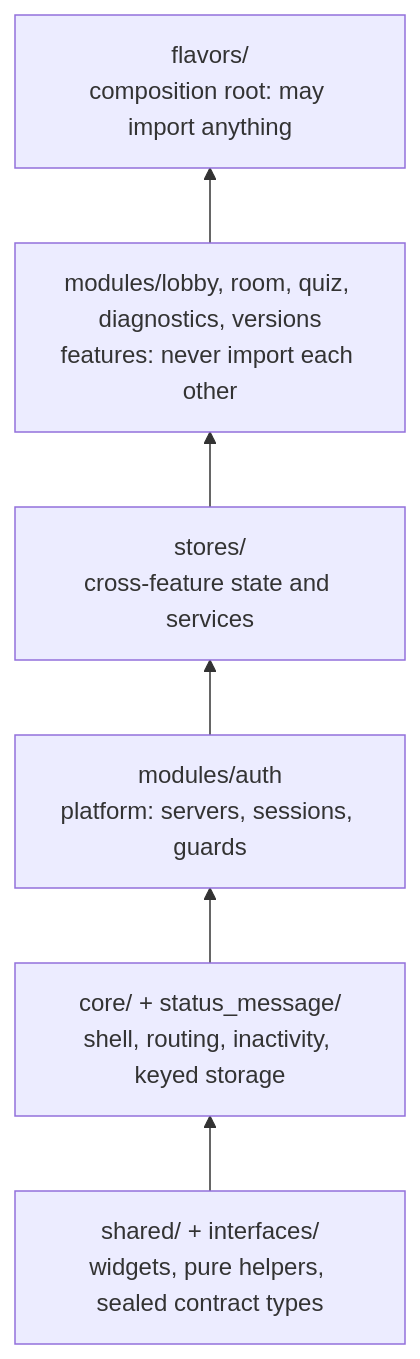
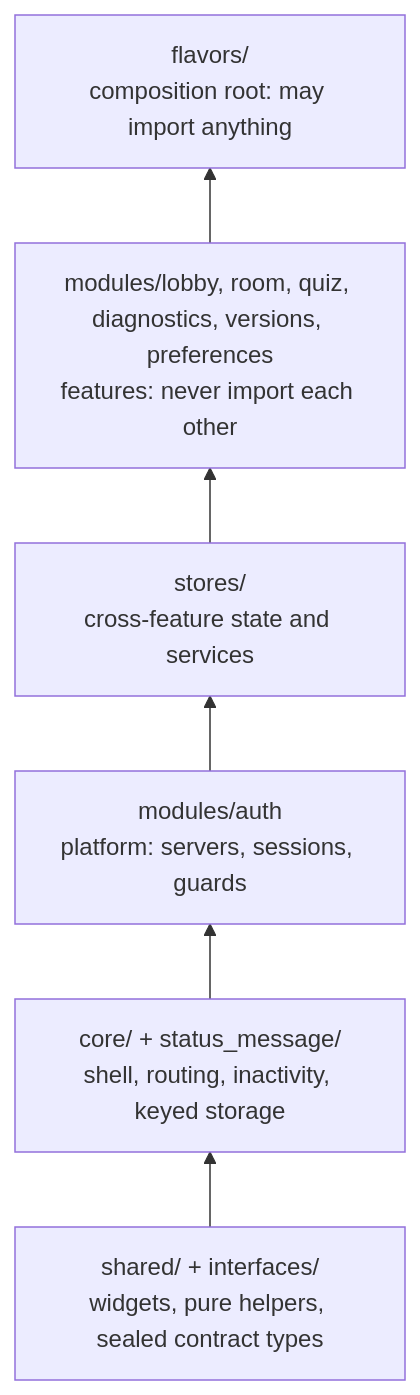
The diagram in docs/adr/ADR-005-module-layering.md (soliplex/frontend), drawn with Mermaid before and after one commit. The commit also changed 1 other file, not shown here.

Commit message:
test: place modules/preferences in ADR-005's feature layer
Preferences imports only core and auth, and only the standard kit imports
it, so it takes the feature layer with no baseline edges.

Refs #607

````diff
--- a/docs/adr/ADR-005-module-layering.md
+++ b/docs/adr/ADR-005-module-layering.md
@@ -69,10 +69,10 @@
 ```mermaid
 flowchart BT
   shared["shared/ + interfaces/<br/>widgets, pure helpers, sealed contract types"]
   core["core/ + status_message/<br/>shell, routing, inactivity, keyed storage"]
   auth["modules/auth<br/>platform: servers, sessions, guards"]
   stores["stores/<br/>cross-feature state and services"]
-  features["modules/lobby, room, quiz, diagnostics, versions<br/>features: never import each other"]
+  features["modules/lobby, room, quiz, diagnostics, versions, preferences<br/>features: never import each other"]
   flavors["flavors/<br/>composition root: may import anything"]
   shared --> core --> auth --> stores --> features --> flavors
 ```
````
